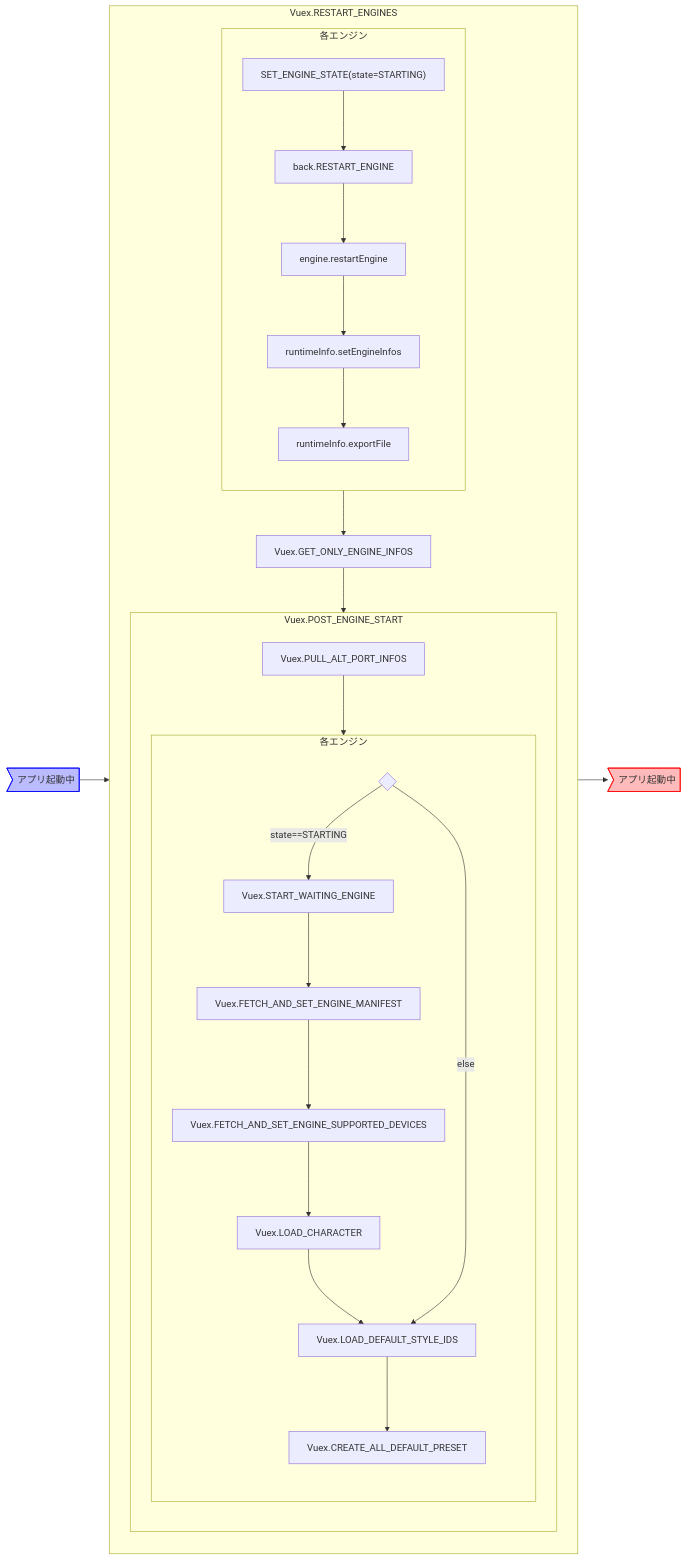
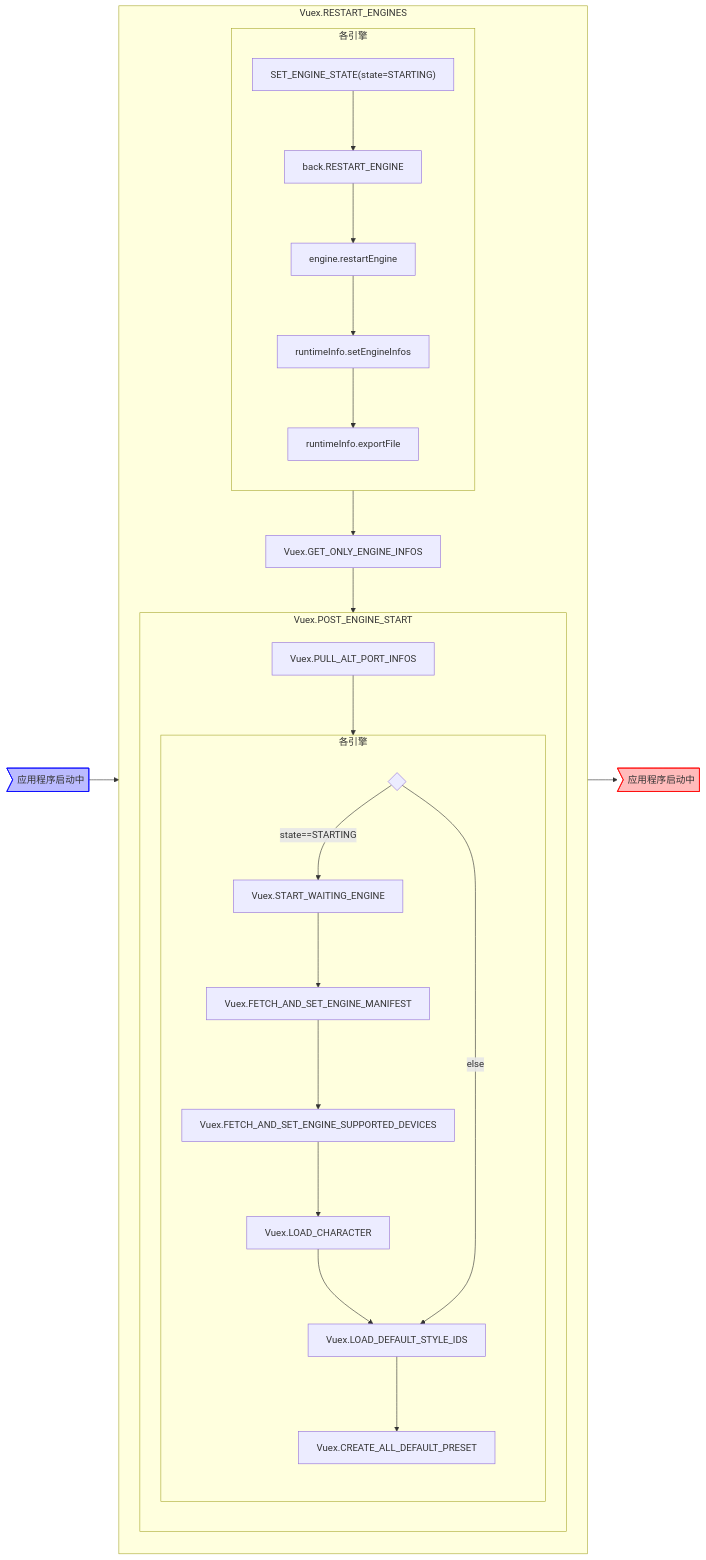
One commit to WERTYUS11/VOICEVOX changed the diagram in docs/res/エンジン再起動シーケンス図.md. Above: the diagram before and after it, drawn with Mermaid. The commit also changed other lines of this file and 698 other files, not shown here.

````diff
--- a/docs/res/エンジン再起動シーケンス図.md
+++ b/docs/res/エンジン再起動シーケンス図.md
@@ -3,29 +3,29 @@
 ```mermaid
 flowchart LR
-  349670>"アプリ起動中"] --> 675170["Vuex.RESTART_ENGINES"]
+  349670>"应用程序启动中"] --> 675170["Vuex.RESTART_ENGINES"]
   style 349670 fill:#bbbbff,stroke:#0000ff
-  675170 --> 929642>"アプリ起動中"]
+  675170 --> 929642>"应用程序启动中"]
   style 929642 fill:#ffbbbb,stroke:#ff0000
   subgraph 675170["Vuex.RESTART_ENGINES"]
-    408243["各エンジン"] --> 927120["Vuex.GET_ONLY_ENGINE_INFOS"]
+    408243["各引擎"] --> 927120["Vuex.GET_ONLY_ENGINE_INFOS"]
     927120 --> 512074["Vuex.POST_ENGINE_START"]
-    subgraph 408243["各エンジン"]
+    subgraph 408243["各引擎"]
       262932["SET_ENGINE_STATE(state=STARTING)"] --> 595264["back.RESTART_ENGINE"]
       595264 --> 920995["engine.restartEngine"]
       920995 --> 939785["runtimeInfo.setEngineInfos"]
       939785 --> 494722["runtimeInfo.exportFile"]
     end
     subgraph 512074["Vuex.POST_ENGINE_START"]
-      623200["Vuex.PULL_ALT_PORT_INFOS"] --> 225947["各エンジン"]
-      subgraph 225947["各エンジン"]
+      623200["Vuex.PULL_ALT_PORT_INFOS"] --> 225947["各引擎"]
+      subgraph 225947["各引擎"]
         489573{" "} -->|"state==STARTING"| 445649["Vuex.START_WAITING_ENGINE"]
         445649 --> 722638["Vuex.FETCH_AND_SET_ENGINE_MANIFEST"]
         722638 --> 520207["Vuex.FETCH_AND_SET_ENGINE_SUPPORTED_DEVICES"]
         520207 --> 526075["Vuex.LOAD_CHARACTER"]
         526075 --> 752392["Vuex.LOAD_DEFAULT_STYLE_IDS"]
         489573 -->|"else"| 752392
         752392 --> 738989["Vuex.CREATE_ALL_DEFAULT_PRESET"]
       end
     end
   end
 ```
````
